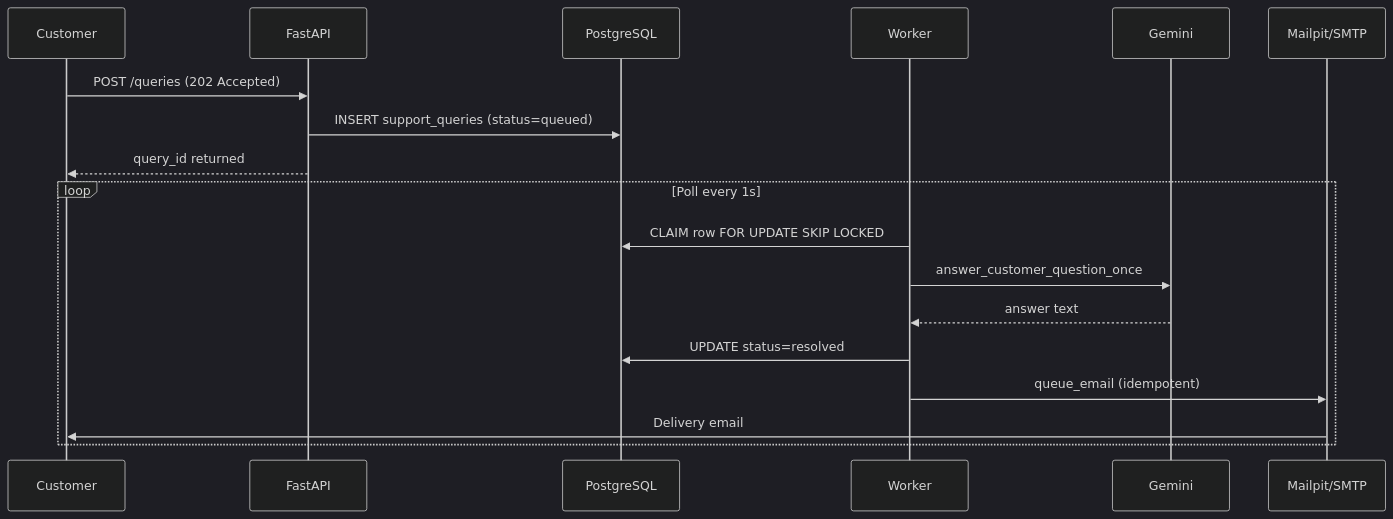
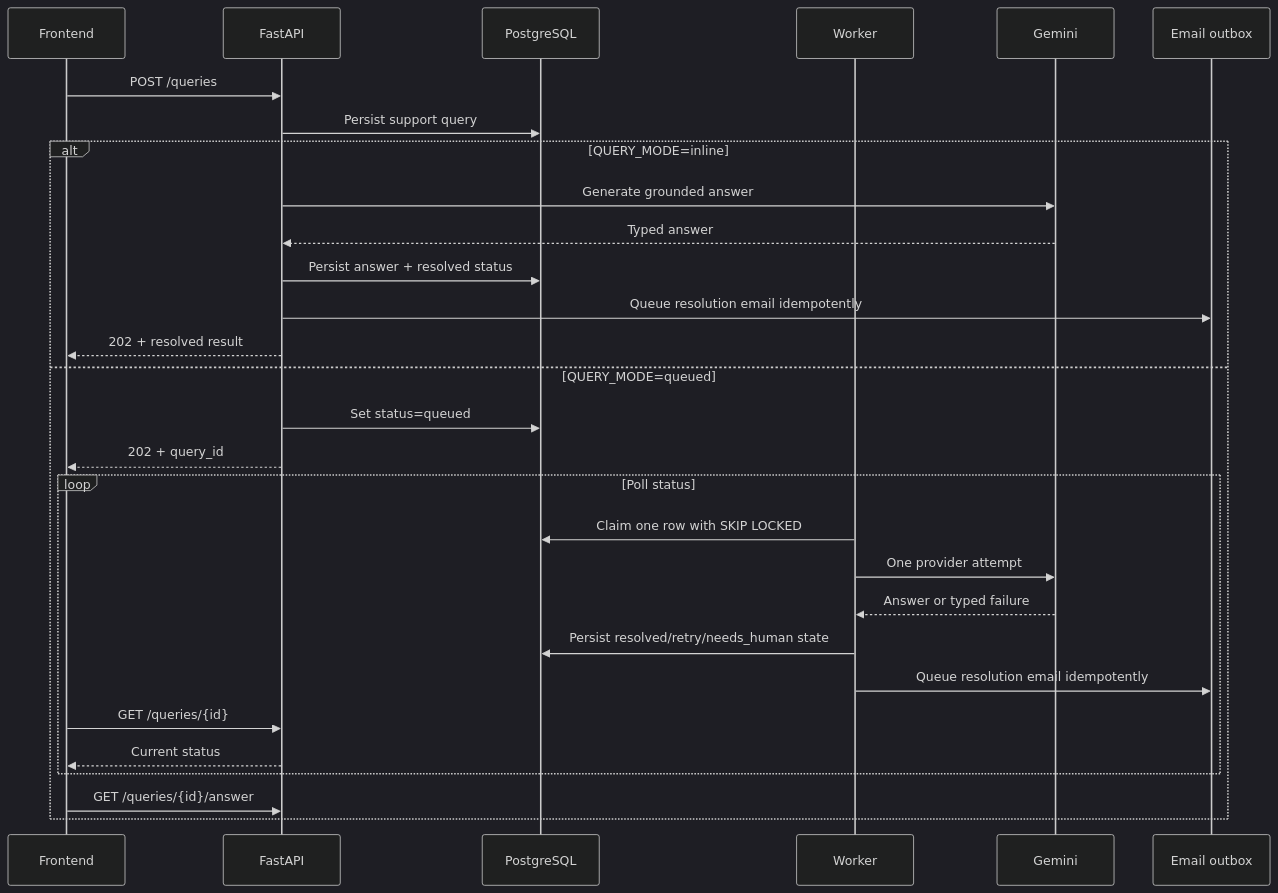
Before and after one commit to rahuldhiman18/SupportIq: the third of 4 diagrams in README.md, drawn with Mermaid (dark theme). The commit also changed other lines of this file, not shown here.

````diff
--- a/README.md
+++ b/README.md
@@ -83,22 +136,32 @@
 ```mermaid
 sequenceDiagram
-    participant C as Customer
-    participant API as FastAPI
-    participant DB as PostgreSQL
+    participant F as Frontend
+    participant A as FastAPI
+    participant D as PostgreSQL
     participant W as Worker
     participant G as Gemini
-    participant M as Mailpit/SMTP
+    participant E as Email outbox
 
-    C->>API: POST /queries (202 Accepted)
-    API->>DB: INSERT support_queries (status=queued)
-    API-->>C: query_id returned
-    loop Poll every 1s
-        W->>DB: CLAIM row FOR UPDATE SKIP LOCKED
-        W->>G: answer_customer_question_once
-        G-->>W: answer text
-        W->>DB: UPDATE status=resolved
-        W->>M: queue_email (idempotent)
-        M->>C: Delivery email
+    F->>A: POST /queries
+    A->>D: Persist support query
+    alt QUERY_MODE=inline
+        A->>G: Generate grounded answer
+        G-->>A: Typed answer
+        A->>D: Persist answer + resolved status
+        A->>E: Queue resolution email idempotently
+        A-->>F: 202 + resolved result
+    else QUERY_MODE=queued
+        A->>D: Set status=queued
+        A-->>F: 202 + query_id
+        loop Poll status
+            W->>D: Claim one row with SKIP LOCKED
+            W->>G: One provider attempt
+            G-->>W: Answer or typed failure
+            W->>D: Persist resolved/retry/needs_human state
+            W->>E: Queue resolution email idempotently
+            F->>A: GET /queries/{id}
+            A-->>F: Current status
+        end
+        F->>A: GET /queries/{id}/answer
     end
-
 ```
````
